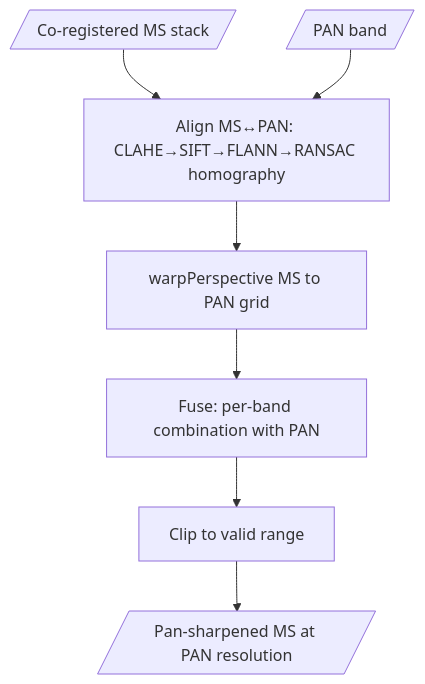
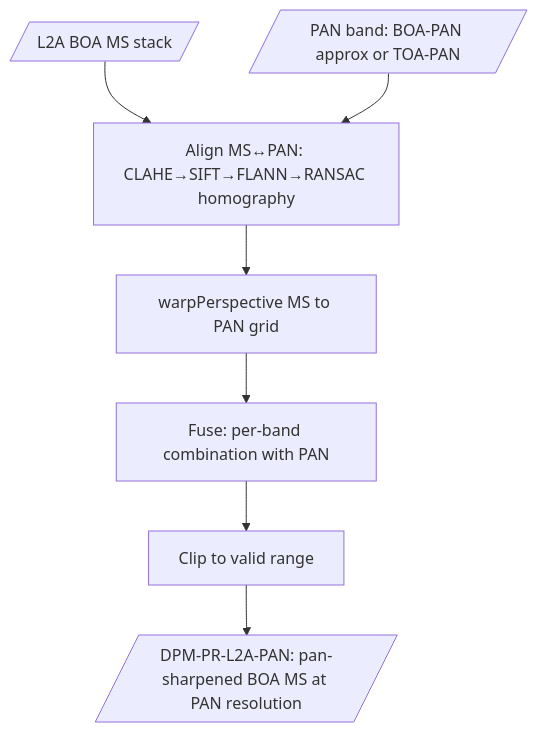
Before and after one commit to AstroCan17/msi-processor: the ninth of 10 diagrams in compliance/drd/dpm-data-processing-model.md, drawn with Mermaid. The commit also changed other lines of this file and 3 other files, not shown here.

````diff
--- a/compliance/drd/dpm-data-processing-model.md
+++ b/compliance/drd/dpm-data-processing-model.md
@@ -638,9 +665,9 @@
 ```mermaid
 flowchart TD
-  ms[/Co-registered MS stack/] --> al[Align MS↔PAN: CLAHE→SIFT→FLANN→RANSAC homography]
-  pan[/PAN band/] --> al
+  ms[/L2A BOA MS stack/] --> al[Align MS↔PAN: CLAHE→SIFT→FLANN→RANSAC homography]
+  pan[/PAN band: BOA-PAN approx or TOA-PAN/] --> al
   al --> warp[warpPerspective MS to PAN grid]
   warp --> fuse[Fuse: per-band combination with PAN]
   fuse --> clip[Clip to valid range]
-  clip --> out[/Pan-sharpened MS at PAN resolution/]
+  clip --> out[/DPM-PR-L2A-PAN: pan-sharpened BOA MS at PAN resolution/]
 ```
````
